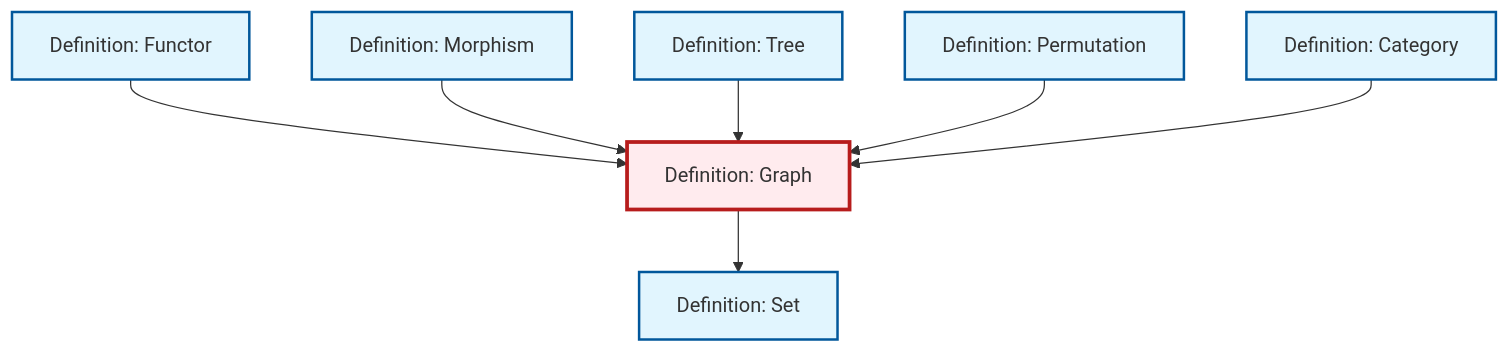
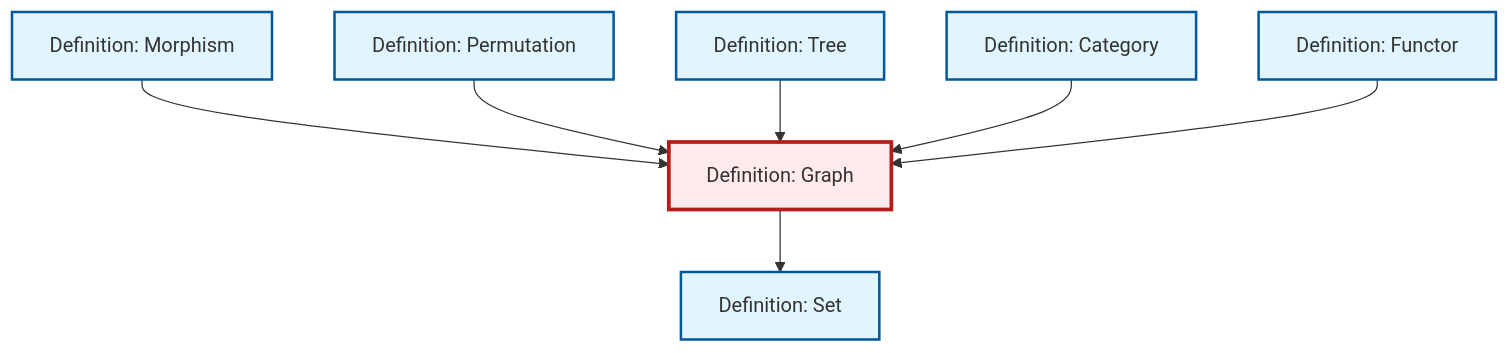
The diagram in content/ja/combinatorics/def-graph.qmd (RK0429/ModernMath), drawn with Mermaid before and after one commit. The commit also changed other lines of this file and 360 other files, not shown here.

````diff
--- a/content/ja/combinatorics/def-graph.qmd
+++ b/content/ja/combinatorics/def-graph.qmd
@@ -91,29 +91,29 @@
 ```{mermaid}
 %%| fig-cap: "Local dependency graph"
 graph TD
     classDef definition fill:#e1f5fe,stroke:#01579b,stroke-width:2px
     classDef theorem fill:#f3e5f5,stroke:#4a148c,stroke-width:2px
     classDef axiom fill:#fff3e0,stroke:#e65100,stroke-width:2px
     classDef example fill:#e8f5e9,stroke:#1b5e20,stroke-width:2px
     classDef current fill:#ffebee,stroke:#b71c1c,stroke-width:3px
-    def-permutation["Definition: Permutation"]:::definition
+    def-morphism["Definition: Morphism"]:::definition
     def-functor["Definition: Functor"]:::definition
     def-category["Definition: Category"]:::definition
+    def-set["Definition: Set"]:::definition
     def-tree["Definition: Tree"]:::definition
-    def-set["Definition: Set"]:::definition
-    def-morphism["Definition: Morphism"]:::definition
     def-graph["Definition: Graph"]:::definition
+    def-permutation["Definition: Permutation"]:::definition
+    def-morphism --> def-graph
+    def-permutation --> def-graph
+    def-tree --> def-graph
+    def-category --> def-graph
     def-functor --> def-graph
-    def-morphism --> def-graph
     def-graph --> def-set
-    def-tree --> def-graph
-    def-permutation --> def-graph
-    def-category --> def-graph
     class def-graph current
-    click def-permutation "def-permutation.html" "Definition: Permutationへ"
+    click def-morphism "def-morphism.html" "Definition: Morphismへ"
     click def-functor "def-functor.html" "Definition: Functorへ"
     click def-category "def-category.html" "Definition: Categoryへ"
+    click def-set "def-set.html" "Definition: Setへ"
     click def-tree "def-tree.html" "Definition: Treeへ"
-    click def-set "def-set.html" "Definition: Setへ"
-    click def-morphism "def-morphism.html" "Definition: Morphismへ"
+    click def-permutation "def-permutation.html" "Definition: Permutationへ"
 ```
````
